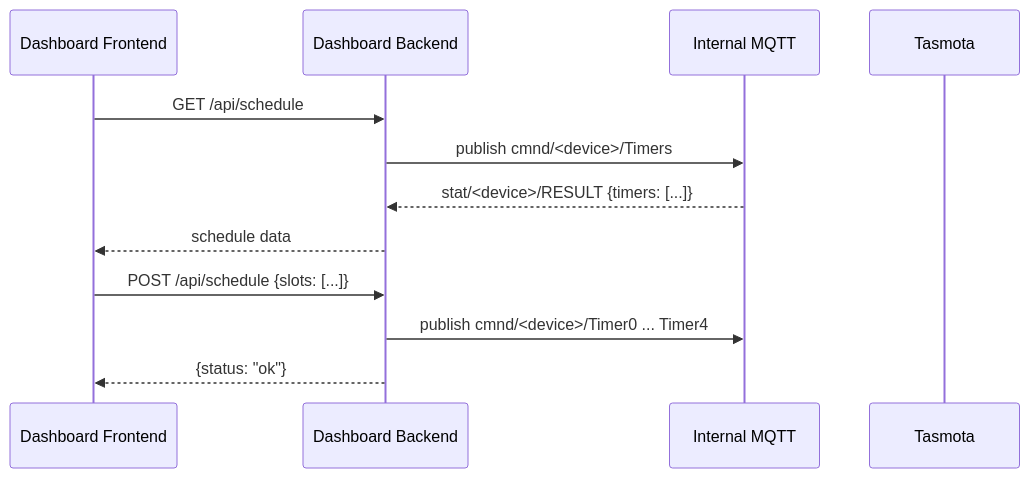
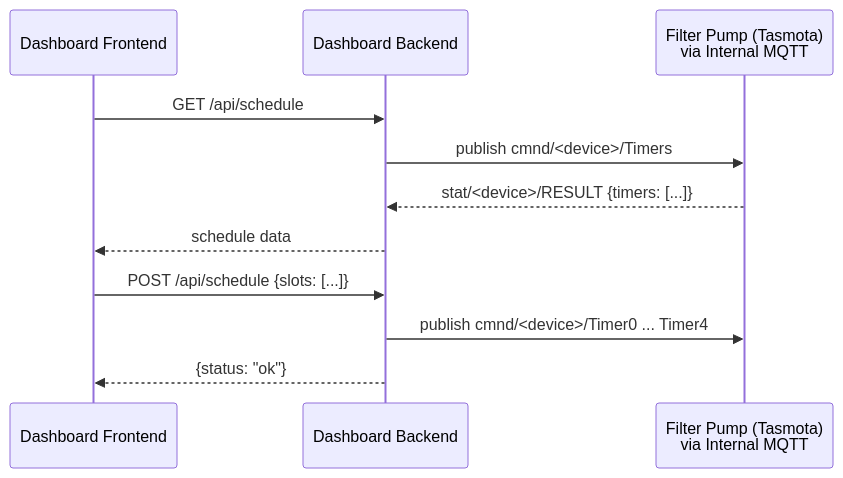
The fourth of 9 diagrams in Dashboard/docs/Pool-Dashboard - Functional Specification (FSD).md (the-real-orca/Pool-Monitoring-WebApp), drawn with Mermaid before and after one commit. The commit also changed other lines of this file and 10 other files, not shown here.

Commit message:
doc: update data flow

````diff
--- a/Dashboard/docs/Pool-Dashboard - Functional Specification (FSD).md
+++ b/Dashboard/docs/Pool-Dashboard - Functional Specification (FSD).md
@@ -129,16 +117,15 @@
 ```mermaid
 sequenceDiagram
     participant FE as Dashboard Frontend
     participant DB as Dashboard Backend
-    participant IntMQTT as Internal MQTT
-    participant Tasmota as Tasmota
+    participant Tasmota as Filter Pump (Tasmota) <br> via Internal MQTT
 
     FE->>DB: GET /api/schedule
-    DB->>IntMQTT: publish cmnd/<device>/Timers
-    IntMQTT-->>DB: stat/<device>/RESULT {timers: [...]}
+    DB->>Tasmota: publish cmnd/<device>/Timers
+    Tasmota-->>DB: stat/<device>/RESULT {timers: [...]}
     DB-->>FE: schedule data
 
     FE->>DB: POST /api/schedule {slots: [...]}
-    DB->>IntMQTT: publish cmnd/<device>/Timer0 ... Timer4
+    DB->>Tasmota: publish cmnd/<device>/Timer0 ... Timer4
     DB-->>FE: {status: "ok"}
 ```
````
